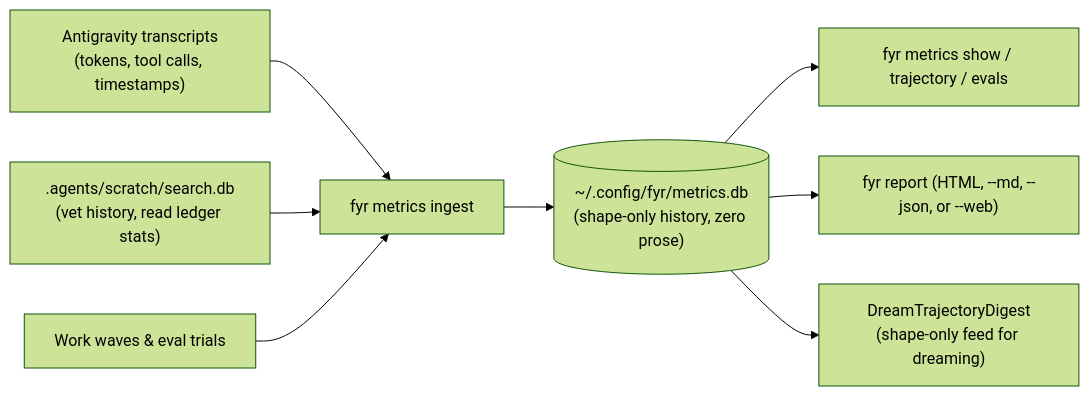
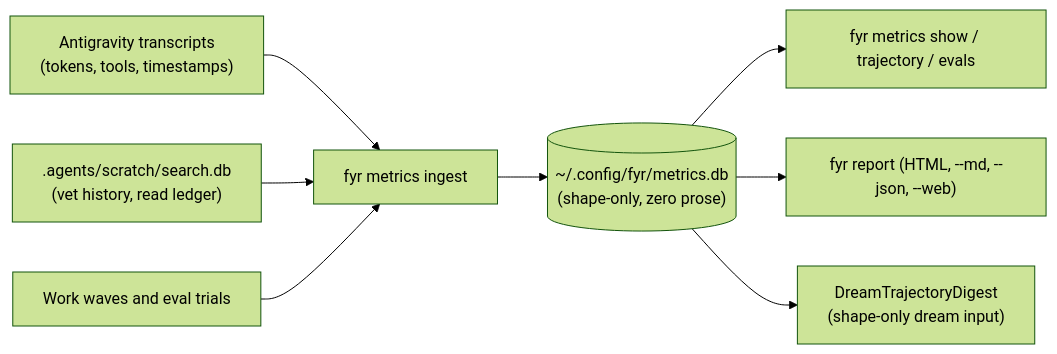
The first of 2 diagrams in features/metrics-and-reports.md (kesokaj/fyr), drawn with Mermaid (forest theme) before and after one commit. The commit also changed other lines of this file and 3 other files, not shown here.

````diff
--- a/features/metrics-and-reports.md
+++ b/features/metrics-and-reports.md
@@ -9,10 +9,10 @@
 ```mermaid
 flowchart LR
-    agyConv["Antigravity transcripts\n(tokens, tool calls, timestamps)"] --> ingestCmd["fyr metrics ingest"]
-    searchDB[".agents/scratch/search.db\n(vet history, read ledger stats)"] --> ingestCmd
-    waveStatus["Work waves & eval trials"] --> ingestCmd
-    ingestCmd --> metricsDB[("~/.config/fyr/metrics.db\n(shape-only history, zero prose)")]
+    agyConv["Antigravity transcripts\n(tokens, tools, timestamps)"] --> ingestCmd["fyr metrics ingest"]
+    searchDB[".agents/scratch/search.db\n(vet history, read ledger)"] --> ingestCmd
+    waveStatus["Work waves and eval trials"] --> ingestCmd
+    ingestCmd --> metricsDB[("~/.config/fyr/metrics.db\n(shape-only, zero prose)")]
     metricsDB --> showCli["fyr metrics show / trajectory / evals"]
-    metricsDB --> reportCmd["fyr report (HTML, --md, --json, or --web)"]
-    metricsDB --> dreamDigest["DreamTrajectoryDigest\n(shape-only feed for dreaming)"]
+    metricsDB --> reportCmd["fyr report (HTML, --md, --json, --web)"]
+    metricsDB --> dreamDigest["DreamTrajectoryDigest\n(shape-only dream input)"]
 ```
````
